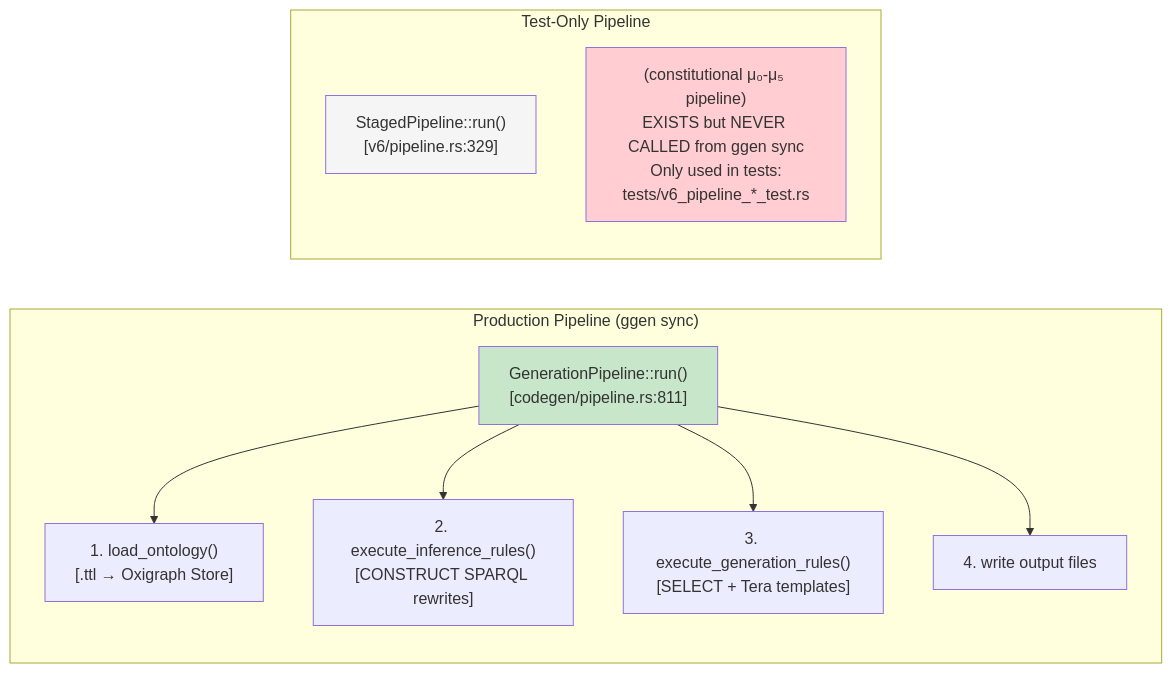
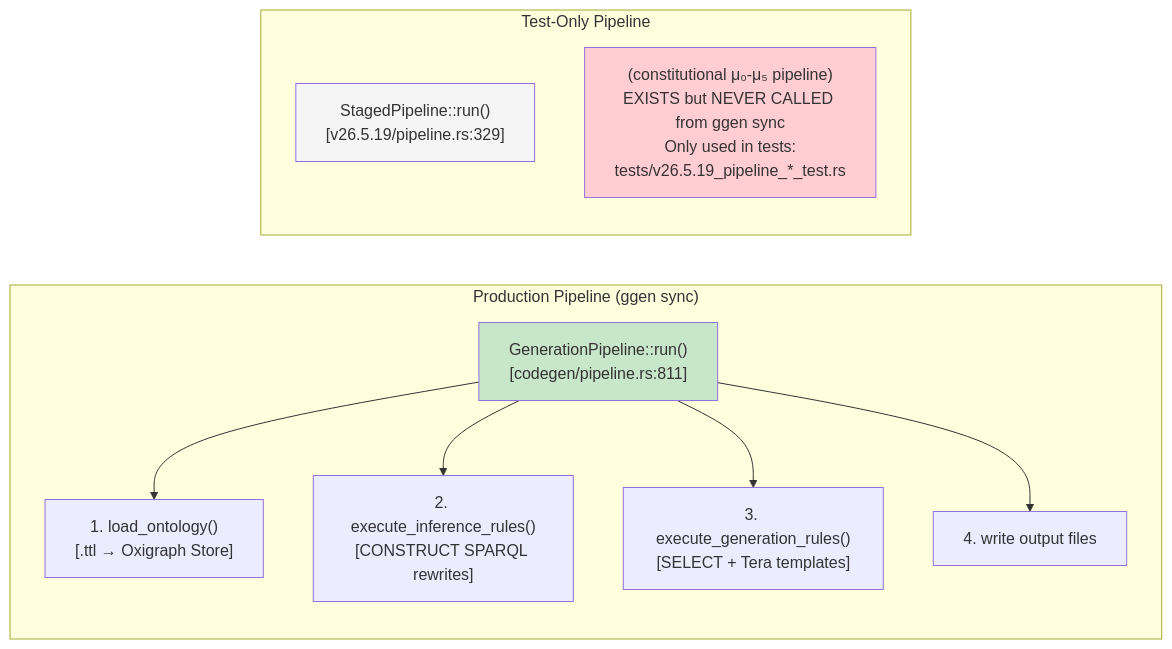
One commit to seanchatmangpt/ggen changed the fourth of 4 diagrams in docs/architecture/DIAGRAM_CORRECTIONS.md. Above: the diagram before and after it, drawn with Mermaid. The commit also changed other lines of this file and 269 other files, not shown here.

Commit message:
refactor(cli): remove redundant template generation commands in favor of ggen sync

````diff
--- a/docs/architecture/DIAGRAM_CORRECTIONS.md
+++ b/docs/architecture/DIAGRAM_CORRECTIONS.md
@@ -315,19 +315,19 @@
 ```mermaid
 flowchart LR
     subgraph PROD["Production Pipeline (ggen sync)"]
         GEN["GenerationPipeline::run()<br/>[codegen/pipeline.rs:811]"]
         GEN --> STEP1["1. load_ontology()<br/>[.ttl → Oxigraph Store]"]
         GEN --> STEP2["2. execute_inference_rules()<br/>[CONSTRUCT SPARQL rewrites]"]
         GEN --> STEP3["3. execute_generation_rules()<br/>[SELECT + Tera templates]"]
         GEN --> STEP4["4. write output files"]
     end
 
     subgraph TEST["Test-Only Pipeline"]
-        STAGED["StagedPipeline::run()<br/>[v6/pipeline.rs:329]"]
-        NOTE["(constitutional μ₀-μ₅ pipeline)<br/>EXISTS but NEVER CALLED from ggen sync<br/>Only used in tests:<br/>tests/v6_pipeline_*_test.rs"]
+        STAGED["StagedPipeline::run()<br/>[v26.5.19/pipeline.rs:329]"]
+        NOTE["(constitutional μ₀-μ₅ pipeline)<br/>EXISTS but NEVER CALLED from ggen sync<br/>Only used in tests:<br/>tests/v26.5.19_pipeline_*_test.rs"]
     end
 
     style GEN fill:#c8e6c9
     style STAGED fill:#f5f5f5
     style NOTE fill:#ffcdd2
 ```
````
